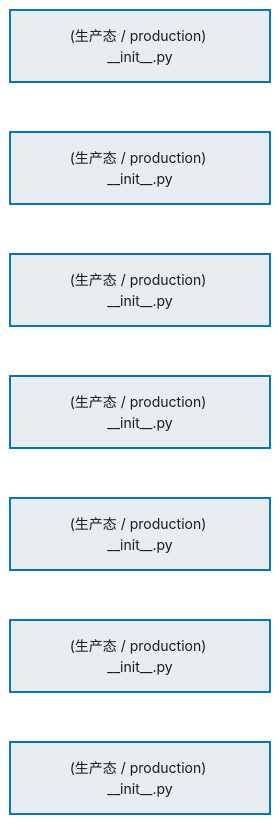
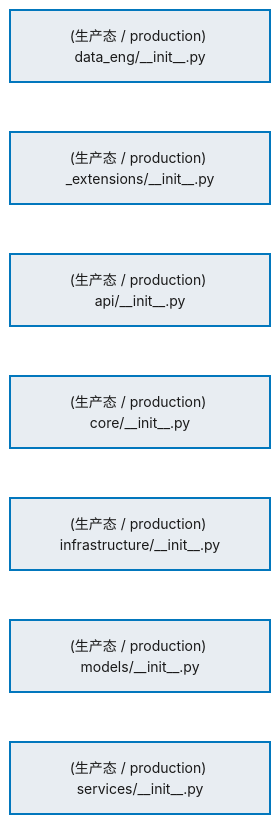
One commit to xuanFelixVan/ZephyrAlpha changed the first of 2 diagrams in docs/02_enterprise_architecture/02_domain_architecture_docs/12_d_data_eng.md. Above: the diagram before and after it, drawn with Mermaid. The commit also changed other lines of this file and 63 other files, not shown here.

````diff
--- a/docs/02_enterprise_architecture/02_domain_architecture_docs/12_d_data_eng.md
+++ b/docs/02_enterprise_architecture/02_domain_architecture_docs/12_d_data_eng.md
@@ -67,22 +67,22 @@
 ```mermaid
 %%{init: {'theme': 'base', 'themeVariables': {'primaryColor': '#eaeaea', 'primaryTextColor': '#333333', 'primaryBorderColor': '#666666', 'lineColor': '#666666', 'secondaryColor': '#eaeaea', 'tertiaryColor': '#eaeaea', 'fontSize': '14px'}}}%%
 flowchart TD
-    src_zephyr_data_eng_init_py["(生产态 / production) __init__.py"]
-    src_zephyr_data_eng_extensions_init_py["(生产态 / production) __init__.py"]
-    src_zephyr_data_eng_api_init_py["(生产态 / production) __init__.py"]
-    src_zephyr_data_eng_core_init_py["(生产态 / production) __init__.py"]
-    src_zephyr_data_eng_infrastructure_init_py["(生产态 / production) __init__.py"]
-    src_zephyr_data_eng_models_init_py["(生产态 / production) __init__.py"]
-    src_zephyr_data_eng_services_init_py["(生产态 / production) __init__.py"]
+    src_zephyr_data_eng_init_py["(生产态 / production) data_eng/__init__.py"]
+    src_zephyr_data_eng_extensions_init_py["(生产态 / production) _extensions/__init__.py"]
+    src_zephyr_data_eng_api_init_py["(生产态 / production) api/__init__.py"]
+    src_zephyr_data_eng_core_init_py["(生产态 / production) core/__init__.py"]
+    src_zephyr_data_eng_infrastructure_init_py["(生产态 / production) infrastructure/__init__.py"]
+    src_zephyr_data_eng_models_init_py["(生产态 / production) models/__init__.py"]
+    src_zephyr_data_eng_services_init_py["(生产态 / production) services/__init__.py"]
     src_zephyr_data_eng_init_py ~~~ src_zephyr_data_eng_extensions_init_py
     src_zephyr_data_eng_extensions_init_py ~~~ src_zephyr_data_eng_api_init_py
     src_zephyr_data_eng_api_init_py ~~~ src_zephyr_data_eng_core_init_py
     src_zephyr_data_eng_core_init_py ~~~ src_zephyr_data_eng_infrastructure_init_py
     src_zephyr_data_eng_infrastructure_init_py ~~~ src_zephyr_data_eng_models_init_py
     src_zephyr_data_eng_models_init_py ~~~ src_zephyr_data_eng_services_init_py
     classDef production fill:#e8edf2,stroke:#0277bd,stroke-width:2px,color:#1a1a1a
     classDef design fill:#f0ebe3,stroke:#bf360c,stroke-width:2px,color:#1a1a1a,stroke-dasharray: 5 5
     classDef external_prod fill:#e8efe9,stroke:#1b5e20,stroke-width:1px,color:#1a1a1a
     classDef external_design fill:#efe5ea,stroke:#880e4f,stroke-width:1px,color:#1a1a1a,stroke-dasharray: 5 5
     class src_zephyr_data_eng_init_py,src_zephyr_data_eng_extensions_init_py,src_zephyr_data_eng_api_init_py,src_zephyr_data_eng_core_init_py,src_zephyr_data_eng_infrastructure_init_py,src_zephyr_data_eng_models_init_py,src_zephyr_data_eng_services_init_py production
 ```
````
